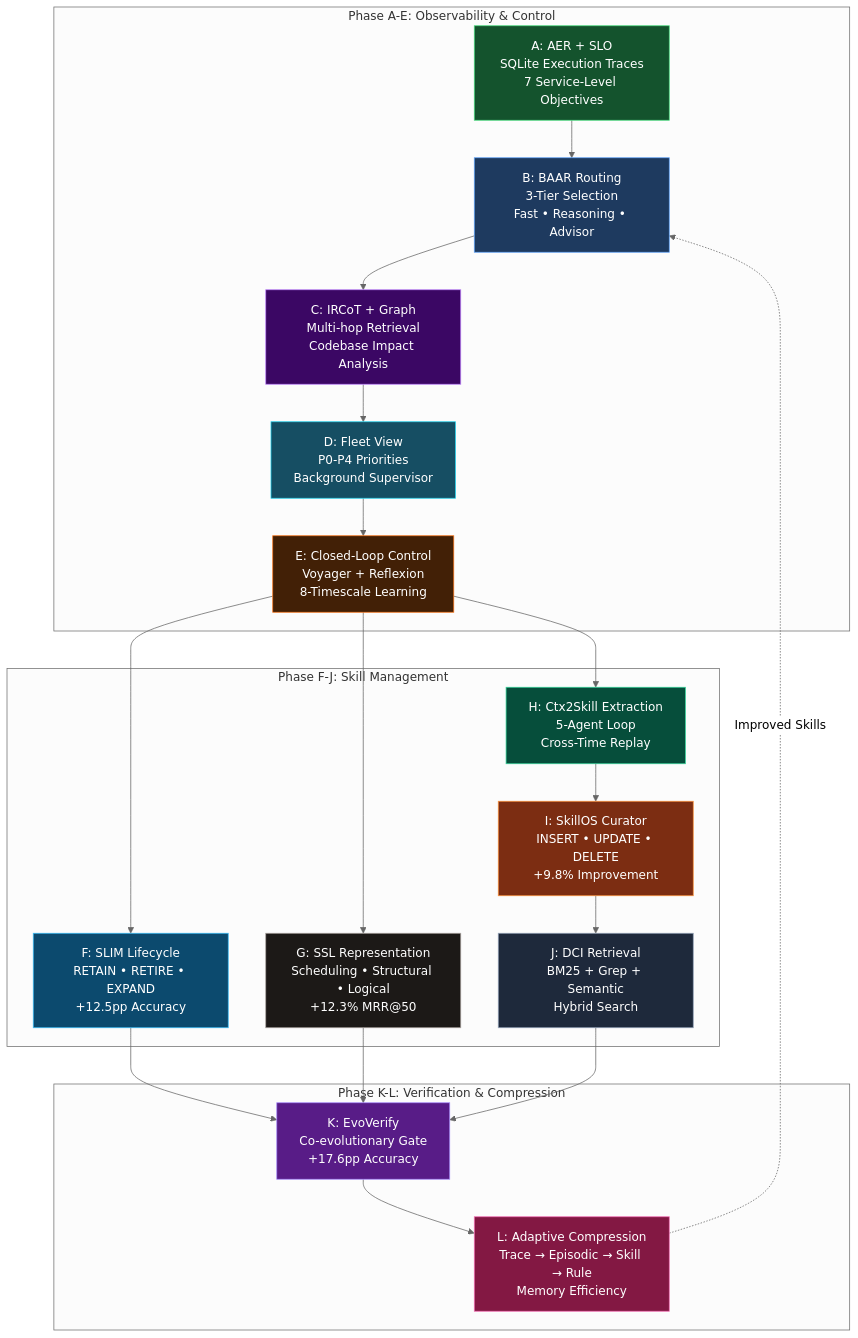
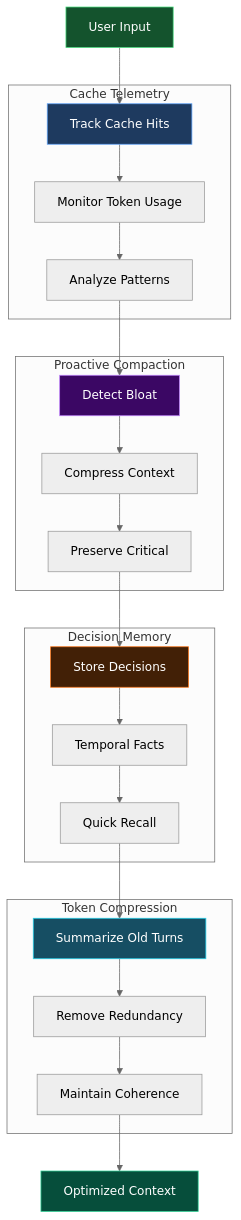
Before and after one commit to ndqkhanh/lyra: the second of 9 diagrams in docs/ARCHITECTURE_DIAGRAMS.md, drawn with Mermaid (neutral theme). The commit also changed other lines of this file, not shown here.

First line of the commit message:
docs: Update ARCHITECTURE_DIAGRAMS.md with all 5 completed plans

````diff
--- a/docs/ARCHITECTURE_DIAGRAMS.md
+++ b/docs/ARCHITECTURE_DIAGRAMS.md
@@ -9,42 +68,43 @@
 ```mermaid
 graph TB
-    subgraph "Phase A-E: Observability & Control"
-        A[A: AER + SLO<br/>SQLite Execution Traces<br/>7 Service-Level Objectives]
-        B[B: BAAR Routing<br/>3-Tier Selection<br/>Fast • Reasoning • Advisor]
-        C[C: IRCoT + Graph<br/>Multi-hop Retrieval<br/>Codebase Impact Analysis]
-        D[D: Fleet View<br/>P0-P4 Priorities<br/>Background Supervisor]
-        E[E: Closed-Loop Control<br/>Voyager + Reflexion<br/>8-Timescale Learning]
+    subgraph "Cache Telemetry"
+        CT1[Track Cache Hits]
+        CT2[Monitor Token Usage]
+        CT3[Analyze Patterns]
     end
     
-    subgraph "Phase F-J: Skill Management"
-        F[F: SLIM Lifecycle<br/>RETAIN • RETIRE • EXPAND<br/>+12.5pp Accuracy]
-        G[G: SSL Representation<br/>Scheduling • Structural • Logical<br/>+12.3% MRR@50]
-        H[H: Ctx2Skill Extraction<br/>5-Agent Loop<br/>Cross-Time Replay]
-        I[I: SkillOS Curator<br/>INSERT • UPDATE • DELETE<br/>+9.8% Improvement]
-        J[J: DCI Retrieval<br/>BM25 + Grep + Semantic<br/>Hybrid Search]
+    subgraph "Proactive Compaction"
+        PC1[Detect Bloat]
+        PC2[Compress Context]
+        PC3[Preserve Critical]
     end
     
-    subgraph "Phase K-L: Verification & Compression"
-        K[K: EvoVerify<br/>Co-evolutionary Gate<br/>+17.6pp Accuracy]
-        L[L: Adaptive Compression<br/>Trace → Episodic → Skill → Rule<br/>Memory Efficiency]
+    subgraph "Decision Memory"
+        DM1[Store Decisions]
+        DM2[Temporal Facts]
+        DM3[Quick Recall]
     end
     
-    A --> B --> C --> D --> E
-    E --> F & G & H
-    H --> I --> J
-    F & G & J --> K --> L
-    L -.Improved Skills.-> B
+    subgraph "Token Compression"
+        TC1[Summarize Old Turns]
+        TC2[Remove Redundancy]
+        TC3[Maintain Coherence]
+    end
     
-    style A fill:#14532d,stroke:#4ade80,color:#fff
-    style B fill:#1e3a5f,stroke:#60a5fa,color:#fff
-    style C fill:#3b0764,stroke:#c084fc,color:#fff
-    style D fill:#164e63,stroke:#22d3ee,color:#fff
-    style E fill:#422006,stroke:#f97316,color:#fff
-    style F fill:#0c4a6e,stroke:#38bdf8,color:#fff
-    style G fill:#1c1917,stroke:#a8a29e,color:#fff
-    style H fill:#064e3b,stroke:#34d399,color:#fff
-    style I fill:#7c2d12,stroke:#fb923c,color:#fff
-    style J fill:#1e293b,stroke:#94a3b8,color:#fff
-    style K fill:#581c87,stroke:#a78bfa,color:#fff
-    style L fill:#831843,stroke:#f472b6,color:#fff
+    INPUT[User Input] --> CT1
+    CT1 --> CT2 --> CT3
+    CT3 --> PC1
+    PC1 --> PC2 --> PC3
+    PC3 --> DM1
+    DM1 --> DM2 --> DM3
+    DM3 --> TC1
+    TC1 --> TC2 --> TC3
+    TC3 --> OUTPUT[Optimized Context]
+    
+    style INPUT fill:#14532d,stroke:#4ade80,color:#fff
+    style CT1 fill:#1e3a5f,stroke:#60a5fa,color:#fff
+    style PC1 fill:#3b0764,stroke:#c084fc,color:#fff
+    style DM1 fill:#422006,stroke:#f97316,color:#fff
+    style TC1 fill:#164e63,stroke:#22d3ee,color:#fff
+    style OUTPUT fill:#064e3b,stroke:#34d399,color:#fff
 ```
````
